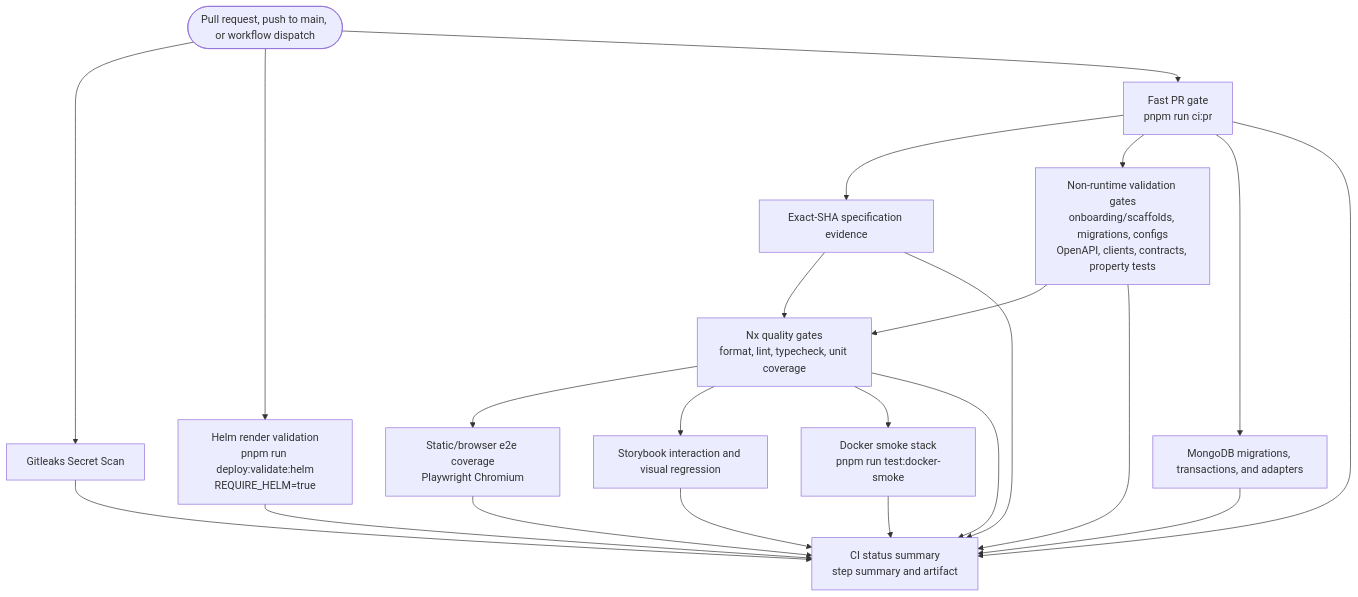
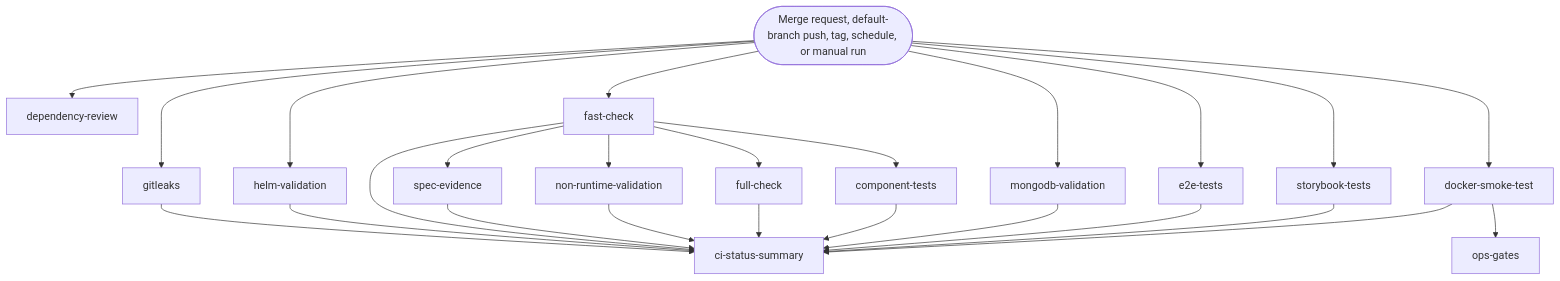
The diagram in docs/ci-observability.md (nmime/nest-react-boilerplate), drawn with Mermaid before and after one commit. The commit also changed other lines of this file and 24 other files, not shown here.

````diff
--- a/docs/ci-observability.md
+++ b/docs/ci-observability.md
@@ -35,36 +39,41 @@
 ```mermaid
 flowchart TD
-  start([Pull request, push to main, or workflow dispatch])
-  gitleaks[Gitleaks Secret Scan]
-  helm[Helm render validation<br/>pnpm run deploy:validate:helm<br/>REQUIRE_HELM=true]
-  fast[Fast PR gate<br/>pnpm run ci:pr]
-  spec[Exact-SHA specification evidence]
-  nonruntime[Non-runtime validation gates<br/>onboarding/scaffolds, migrations, configs<br/>OpenAPI, clients, contracts, property tests]
-  mongo[MongoDB migrations, transactions, and adapters]
-  quality[Nx quality gates<br/>format, lint, typecheck, unit coverage]
-  browser[Static/browser e2e coverage<br/>Playwright Chromium]
-  visual[Storybook interaction and visual regression]
-  docker[Docker smoke stack<br/>pnpm run test:docker-smoke]
-  summary[CI status summary<br/>step summary and artifact]
+  start([Merge request, default-branch push, tag, schedule, or manual run])
+  gitleaks[gitleaks]
+  depreview[dependency-review]
+  helm[helm-validation]
+  fast[fast-check]
+  spec[spec-evidence]
+  nonruntime[non-runtime-validation]
+  full[full-check]
+  component[component-tests]
+  mongo[mongodb-validation]
+  browser[e2e-tests]
+  storybook[storybook-tests]
+  docker[docker-smoke-test]
+  summary[ci-status-summary]
   start --> gitleaks
+  start --> depreview
   start --> helm
   start --> fast
+  start --> mongo
+  start --> storybook
+  start --> browser
+  start --> docker
   fast --> spec
   fast --> nonruntime
-  fast --> mongo
-  spec --> quality
-  nonruntime --> quality
-  quality --> browser
-  quality --> visual
-  quality --> docker
+  fast --> full
+  fast --> component
+  docker --> ops[ops-gates]
   gitleaks --> summary
   helm --> summary
   fast --> summary
   spec --> summary
   nonruntime --> summary
+  full --> summary
+  component --> summary
   mongo --> summary
-  quality --> summary
   browser --> summary
-  visual --> summary
+  storybook --> summary
   docker --> summary
 ```
````
